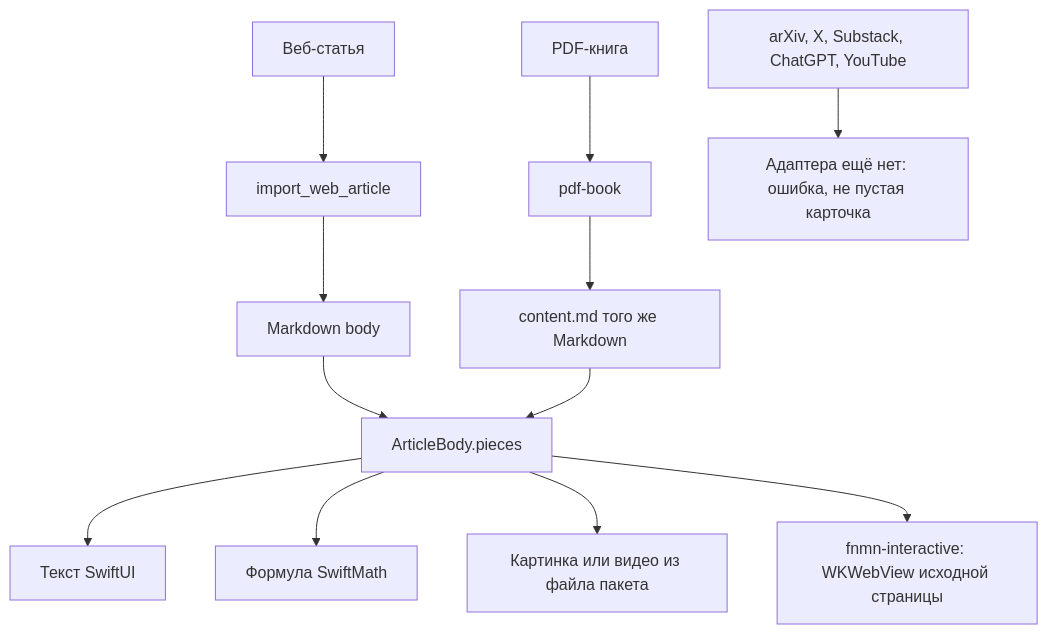
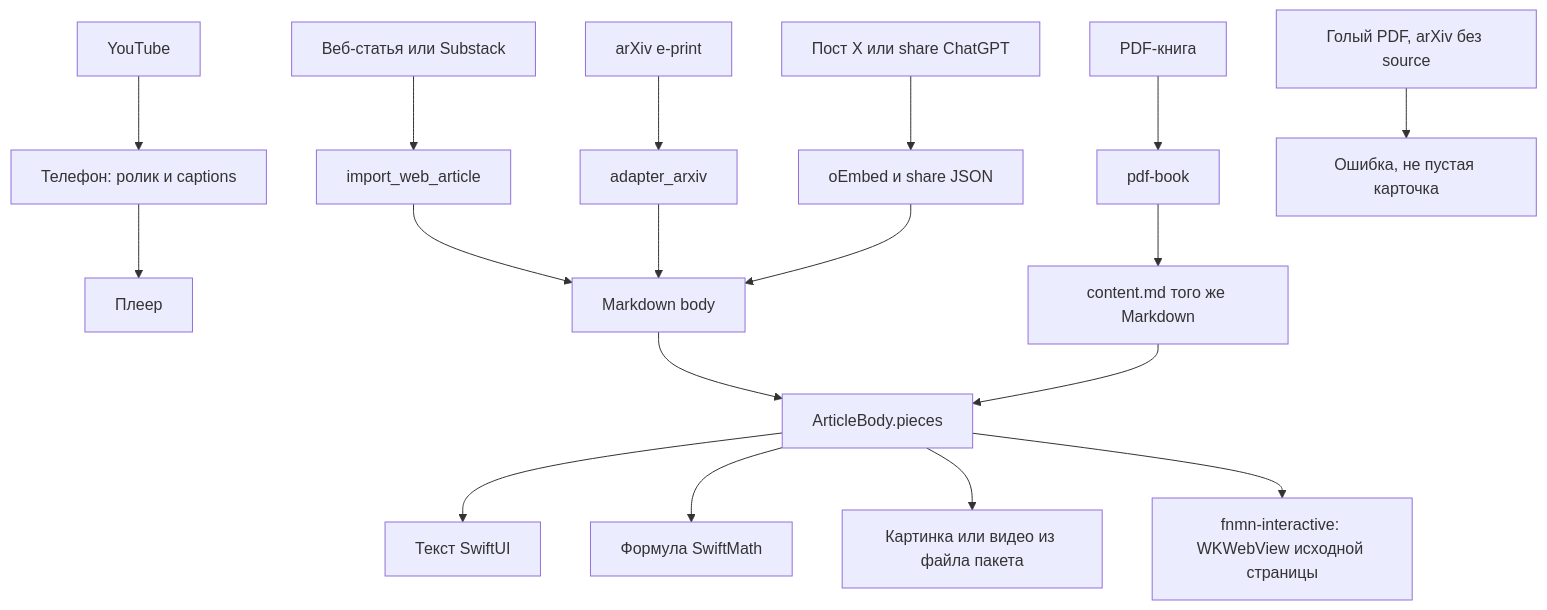
The diagram in notes/viz/reading.md (vladkalinichencko/fnmn-app), drawn with Mermaid before and after one commit. The commit also changed other lines of this file and 38 other files, not shown here.

First line of the commit message:
Open YouTube on the phone and keep one reading record.

````diff
--- a/notes/viz/reading.md
+++ b/notes/viz/reading.md
@@ -5,14 +5,20 @@
 ```mermaid
 flowchart TD
-    Web[Веб-статья] --> WebAdapter[import_web_article]
+    Web[Веб-статья или Substack] --> WebAdapter[import_web_article]
+    Arxiv[arXiv e-print] --> ArxivAdapter[adapter_arxiv]
+    Post[Пост X или share ChatGPT] --> TextAdapter[oEmbed и share JSON]
     Pdf[PDF-книга] --> PdfAdapter[pdf-book]
-    Later[arXiv, X, Substack, ChatGPT, YouTube] --> Stop[Адаптера ещё нет: ошибка, не пустая карточка]
+    Tube[YouTube] --> Phone[Телефон: ролик и captions]
+    StopSource[Голый PDF, arXiv без source] --> Stop[Ошибка, не пустая карточка]
+    Phone --> Player[Плеер]
     WebAdapter --> Body[Markdown body]
+    ArxivAdapter --> Body
+    TextAdapter --> Body
     PdfAdapter --> Content[content.md того же Markdown]
     Body --> Pieces[ArticleBody.pieces]
     Content --> Pieces
     Pieces --> Text[Текст SwiftUI]
     Pieces --> Math[Формула SwiftMath]
     Pieces --> File[Картинка или видео из файла пакета]
     Pieces --> Live[fnmn-interactive: WKWebView исходной страницы]
 ```
````
